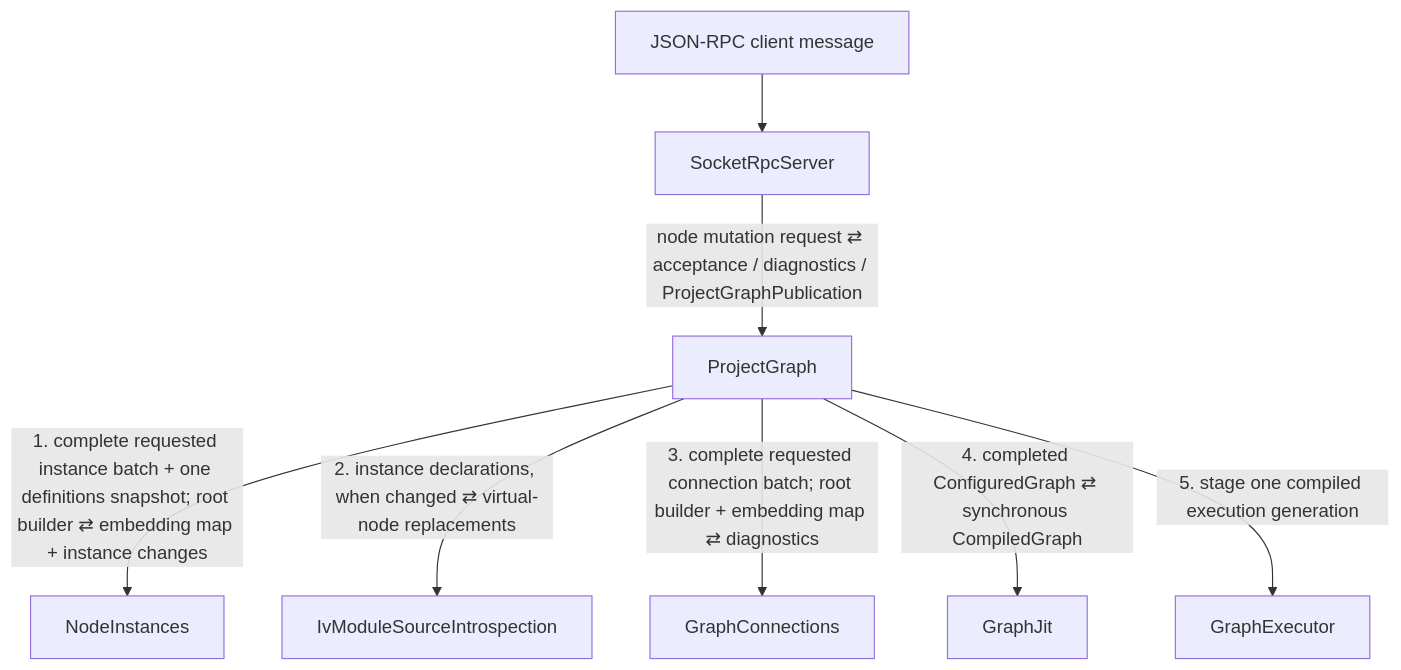
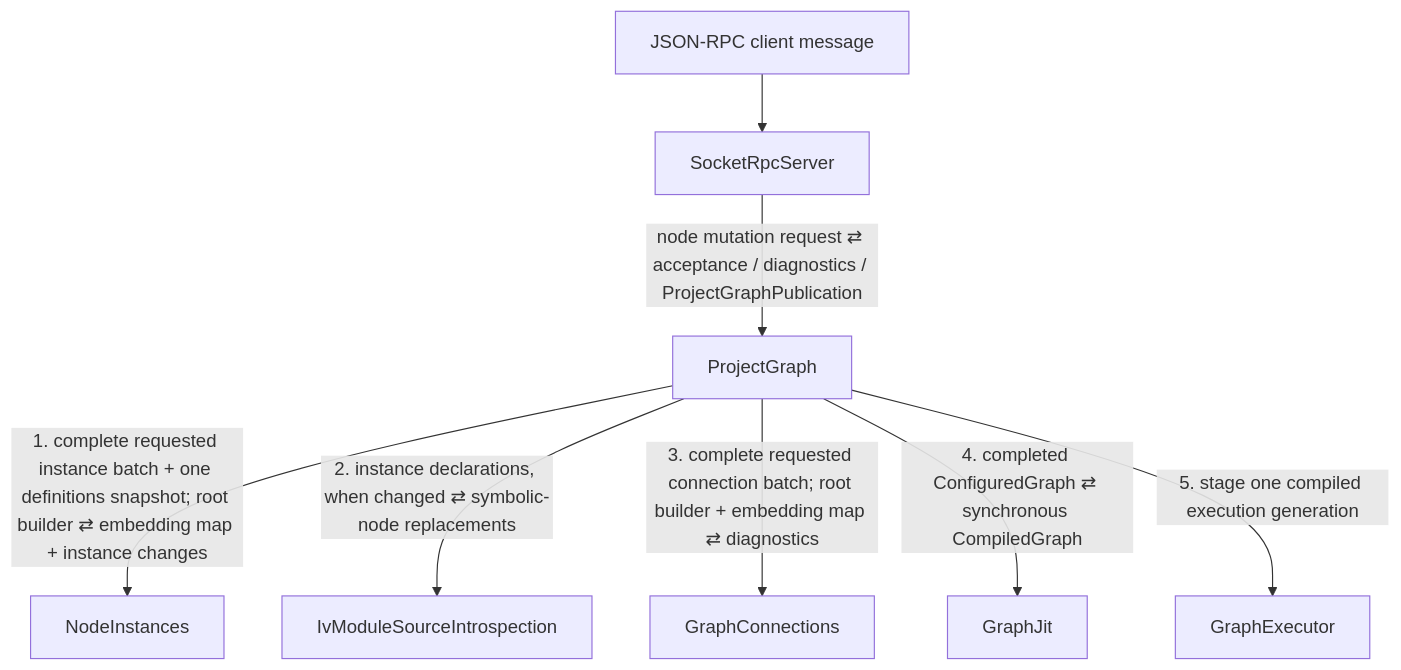
One commit to ljleb/intravenous changed the diagram in docs/event_flows/user_node_mutation.md. Above: the diagram before and after it, drawn with Mermaid. The commit also changed other lines of this file and 194 other files, not shown here.

Commit message:
virtual node -> symbolic node, and beginning of wasm presentation for automation curves

````diff
--- a/docs/event_flows/user_node_mutation.md
+++ b/docs/event_flows/user_node_mutation.md
@@ -8,19 +8,19 @@
 ```mermaid
 flowchart TD
     SRC["JSON-RPC client message"]
     RPC["SocketRpcServer"]
     PG["ProjectGraph"]
     NI["NodeInstances"]
     GC["GraphConnections"]
     IMSI["IvModuleSourceIntrospection"]
     GJ["GraphJit"]
     GE["GraphExecutor"]
 
     SRC --> RPC
     RPC -->|"node mutation request ⇄ acceptance / diagnostics / ProjectGraphPublication"| PG
     PG -->|"1. complete requested instance batch + one definitions snapshot; root builder ⇄ embedding map + instance changes"| NI
-    PG -->|"2. instance declarations, when changed ⇄ virtual-node replacements"| IMSI
+    PG -->|"2. instance declarations, when changed ⇄ symbolic-node replacements"| IMSI
     PG -->|"3. complete requested connection batch; root builder + embedding map ⇄ diagnostics"| GC
     PG -->|"4. completed ConfiguredGraph ⇄ synchronous CompiledGraph"| GJ
     PG -->|"5. stage one compiled execution generation"| GE
 ```
````
